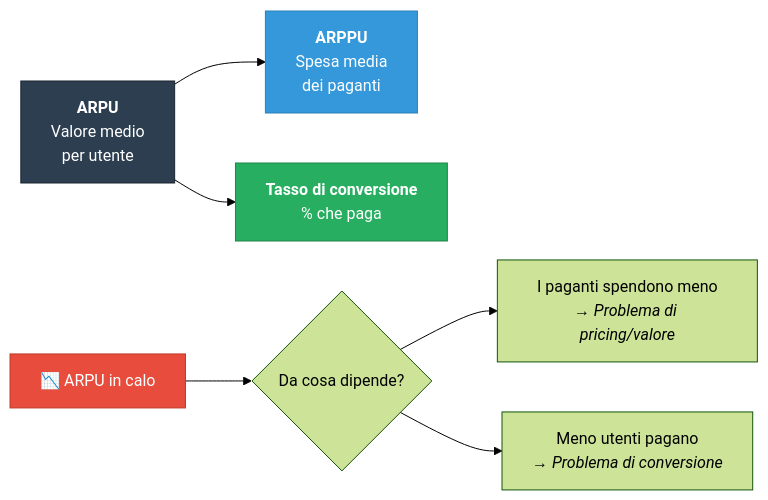
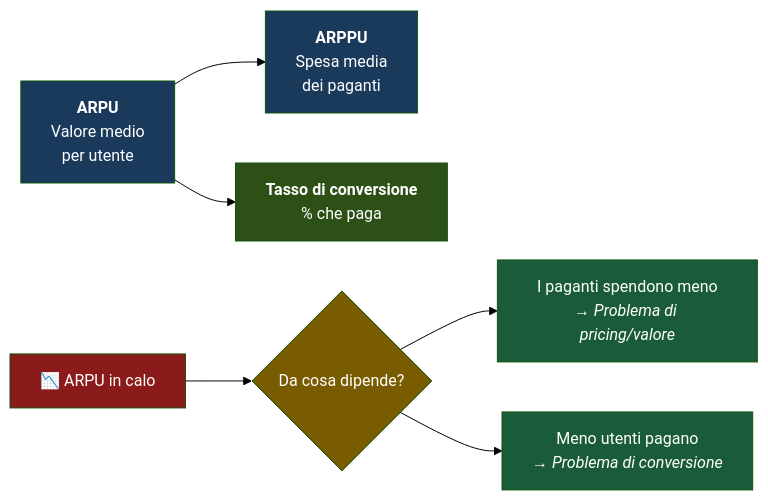
The seventh of 12 diagrams in src/content/corso/analisi-prodotto/analisi-coorte.mdx (AndreyBertasini/gynnitech), drawn with Mermaid (forest theme) before and after one commit. The commit also changed other lines of this file and 21 other files, not shown here.

First line of the commit message:
style: applica color scheme semantico a tutti i diagrammi Mermaid del corso

````diff
--- a/src/content/corso/analisi-prodotto/analisi-coorte.mdx
+++ b/src/content/corso/analisi-prodotto/analisi-coorte.mdx
@@ -197,12 +207,15 @@
 ```mermaid
 graph LR
     ARPU["<b>ARPU</b><br/>Valore medio<br/>per utente"] --> ARPPU["<b>ARPPU</b><br/>Spesa media<br/>dei paganti"]
     ARPU --> CR["<b>Tasso di conversione</b><br/>% che paga"]
     ARPU_DOWN["📉 ARPU in calo"] --> Q{"Da cosa dipende?"}
     Q --> ARPPU_DOWN["I paganti spendono meno<br/><i>→ Problema di pricing/valore</i>"]
     Q --> CR_DOWN["Meno utenti pagano<br/><i>→ Problema di conversione</i>"]
-    style ARPU fill:#2c3e50,stroke:#1a252f,color:#fff
-    style ARPPU fill:#3498db,stroke:#2980b9,color:#fff
-    style CR fill:#27ae60,stroke:#1e8449,color:#fff
-    style ARPU_DOWN fill:#e74c3c,stroke:#c0392b,color:#fff
+    style ARPU fill:#1a3a5c,color:#ffffff
+    style ARPPU fill:#1a3a5c,color:#ffffff
+    style CR fill:#2d5016,color:#ffffff
+    style ARPU_DOWN fill:#8b1a1a,color:#ffffff
+    style Q fill:#7a5c00,color:#ffffff
+    style ARPPU_DOWN fill:#1a5c3a,color:#ffffff
+    style CR_DOWN fill:#1a5c3a,color:#ffffff
 ```
````
